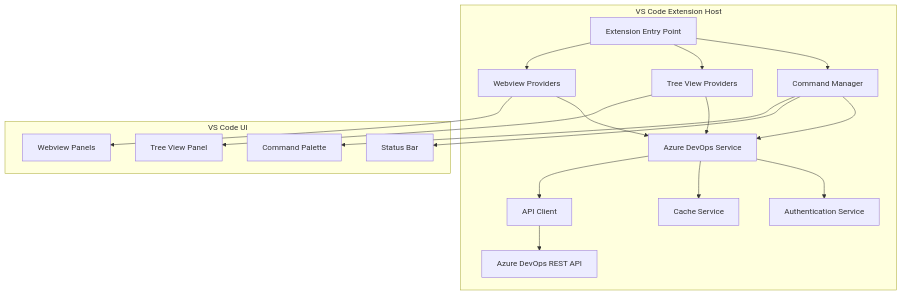
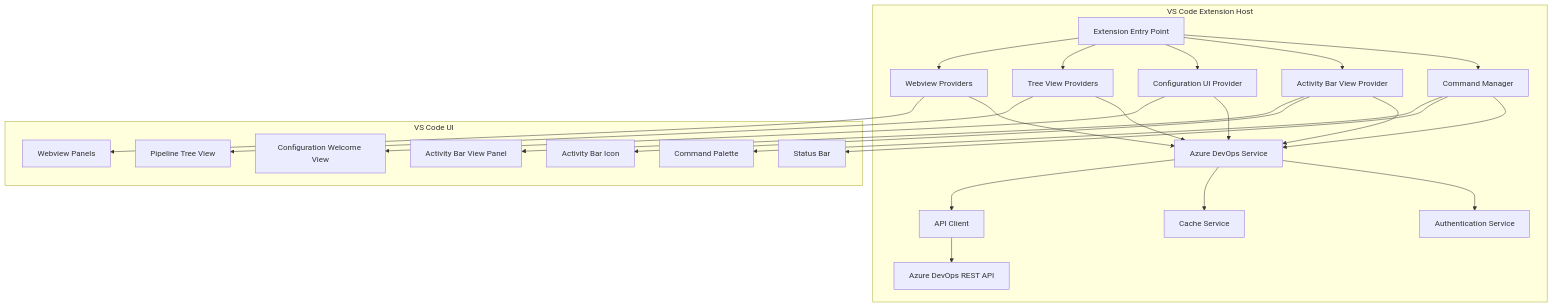
One commit to OneBitSoftware/OneBitSoftware.AzurePipelinesAssistant changed the diagram in .kiro/specs/azure-pipelines-assistant/design.md. Above: the diagram before and after it, drawn with Mermaid. The commit also changed other lines of this file and 2 other files, not shown here.

````diff
--- a/.kiro/specs/azure-pipelines-assistant/design.md
+++ b/.kiro/specs/azure-pipelines-assistant/design.md
@@ -11,30 +11,40 @@
 ```mermaid
 graph TB
     subgraph "VS Code Extension Host"
         A[Extension Entry Point] --> B[Command Manager]
-        A --> C[Tree View Providers]
-        A --> D[Webview Providers]
+        A --> C[Activity Bar View Provider]
+        A --> D[Configuration UI Provider]
+        A --> E[Tree View Providers]
+        A --> F[Webview Providers]
         
-        B --> E[Azure DevOps Service]
-        C --> E
-        D --> E
+        B --> G[Azure DevOps Service]
+        C --> G
+        D --> G
+        E --> G
+        F --> G
         
-        E --> F[Authentication Service]
-        E --> G[Cache Service]
-        E --> H[API Client]
+        G --> H[Authentication Service]
+        G --> I[Cache Service]
+        G --> J[API Client]
         
-        H --> I[Azure DevOps REST API]
+        J --> K[Azure DevOps REST API]
     end
     
     subgraph "VS Code UI"
-        J[Tree View Panel]
-        K[Webview Panels]
-        L[Status Bar]
-        M[Command Palette]
+        L[Activity Bar Icon]
+        M[Activity Bar View Panel]
+        N[Configuration Welcome View]
+        O[Pipeline Tree View]
+        P[Webview Panels]
+        Q[Status Bar]
+        R[Command Palette]
     end
     
-    C --> J
-    D --> K
-    B --> L
-    B --> M
+    C --> L
+    C --> M
+    D --> N
+    E --> O
+    F --> P
+    B --> Q
+    B --> R
 ```
````
